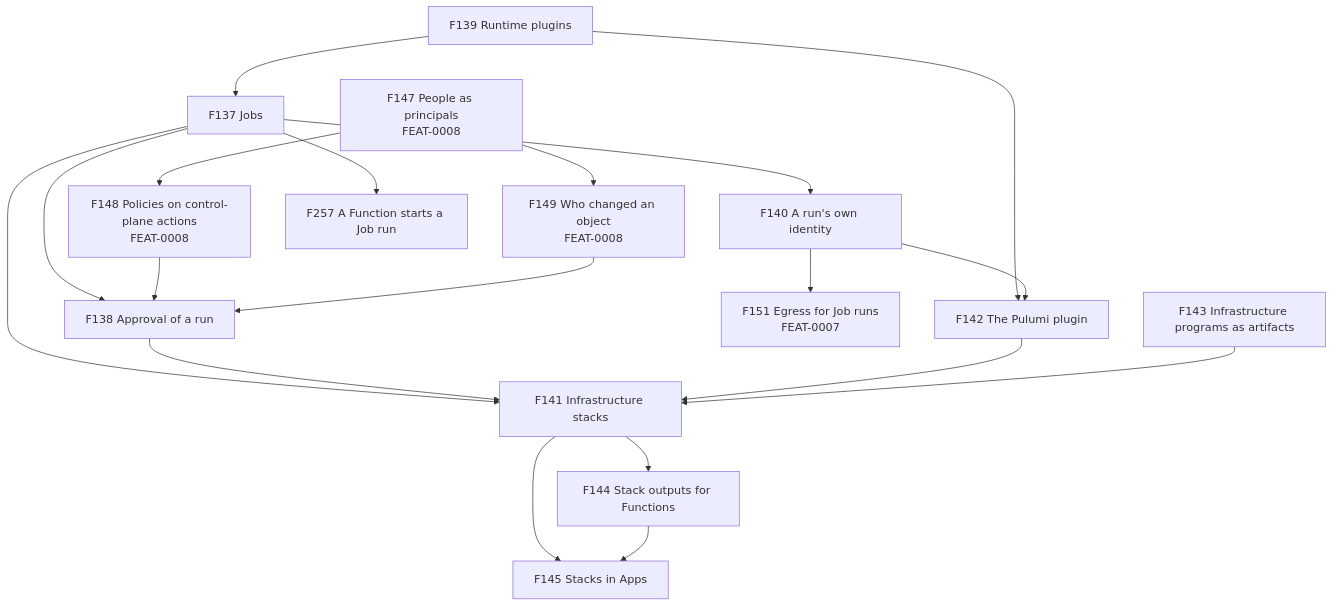
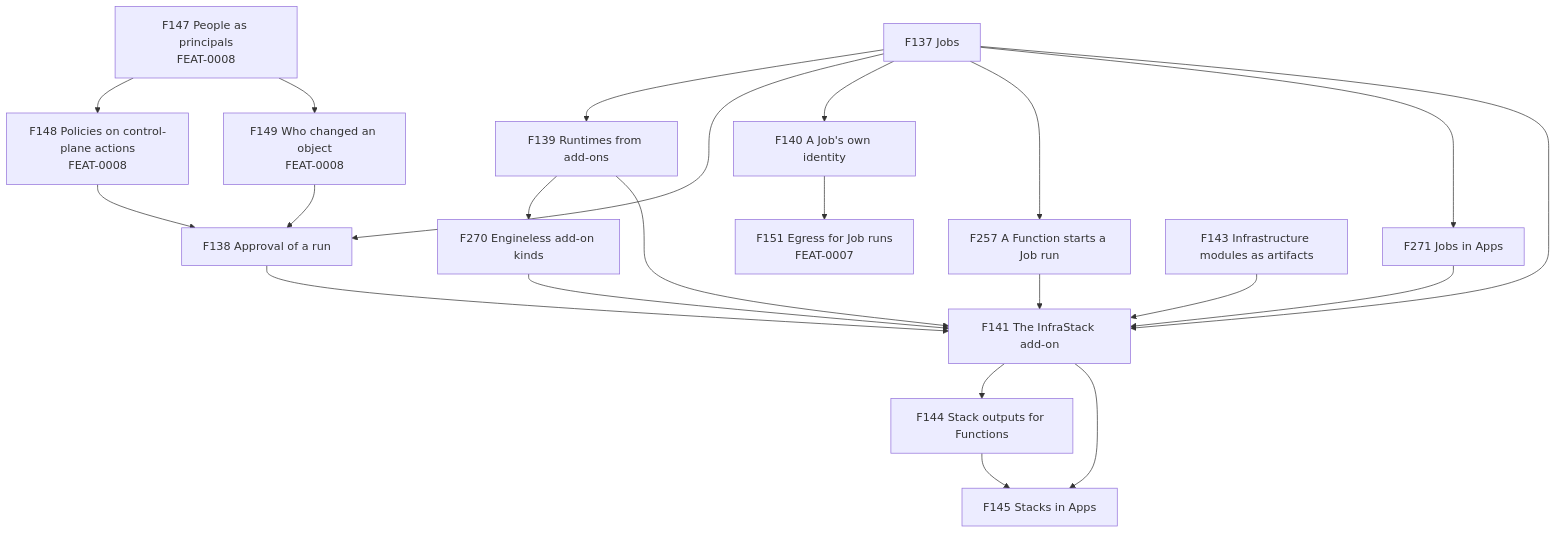
The first of 2 diagrams in docs/feat/0012-feat-infrastack.md (pyvvo/funcd), drawn with Mermaid before and after one commit. The commit also changed other lines of this file and 17 other files, not shown here.

First line of the commit message:
docs: InfraStack becomes an add-on that ships its OpenTofu runtime, with ADR-0344 and ADR-0345 (#1526)

````diff
--- a/docs/feat/0012-feat-infrastack.md
+++ b/docs/feat/0012-feat-infrastack.md
@@ -45,21 +50,24 @@
 ```mermaid
 flowchart TB
-    F139["F139 Runtime plugins"] --> F137["F137 Jobs"]
+    F137["F137 Jobs"] --> F139["F139 Runtimes from add-ons"]
     F137 --> F138["F138 Approval of a run"]
-    F137 --> F140["F140 A run's own identity"]
+    F137 --> F140["F140 A Job's own identity"]
+    F137 --> F257["F257 A Function starts a Job run"]
+    F137 --> F271["F271 Jobs in Apps"]
+    F139 --> F270["F270 Engineless add-on kinds"]
     F147["F147 People as principals<br/>FEAT-0008"] --> F148["F148 Policies on control-plane actions<br/>FEAT-0008"]
     F147 --> F149["F149 Who changed an object<br/>FEAT-0008"]
     F148 --> F138
     F149 --> F138
-    F139 --> F142["F142 The Pulumi plugin"]
-    F140 --> F142
     F140 --> F151["F151 Egress for Job runs<br/>FEAT-0007"]
-    F137 --> F141["F141 Infrastructure stacks"]
+    F137 --> F141["F141 The InfraStack add-on"]
     F138 --> F141
-    F142 --> F141
-    F143["F143 Infrastructure programs as artifacts"] --> F141
+    F139 --> F141
+    F257 --> F141
+    F270 --> F141
+    F271 --> F141
+    F143["F143 Infrastructure modules as artifacts"] --> F141
     F141 --> F144["F144 Stack outputs for Functions"]
     F141 --> F145["F145 Stacks in Apps"]
     F144 --> F145
-    F137 --> F257["F257 A Function starts a Job run"]
 ```
````
